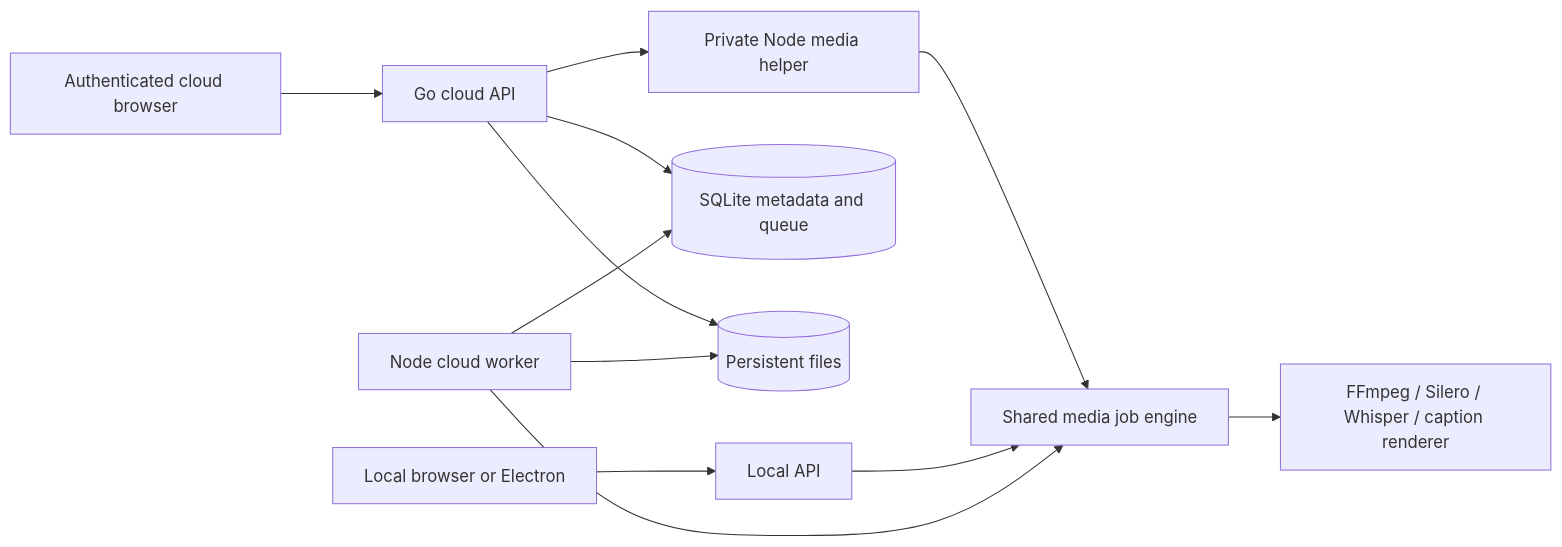
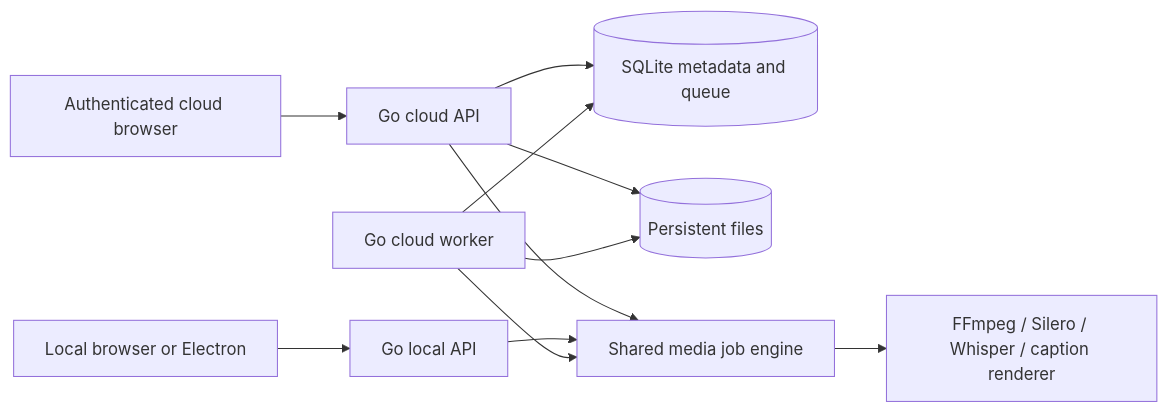
One commit to QuokkaCompany/hypercut changed the diagram in docs/cloud/architecture.md. Above: the diagram before and after it, drawn with Mermaid. The commit also changed other lines of this file and 186 other files, not shown here.

````diff
--- a/docs/cloud/architecture.md
+++ b/docs/cloud/architecture.md
@@ -3,14 +3,13 @@
 ```mermaid
 flowchart LR
-  Local[Local browser or Electron] --> Loopback[Local API]
+  Local[Local browser or Electron] --> Loopback[Go local API]
   Cloud[Authenticated cloud browser] --> API[Go cloud API]
   API --> DB[(SQLite metadata and queue)]
   API --> Files[(Persistent files)]
-  API --> Helper[Private Node media helper]
-  Helper --> Engine
-  Worker[Node cloud worker] --> DB
+  API --> Engine
+  Worker[Go cloud worker] --> DB
   Worker --> Files
   Loopback --> Engine[Shared media job engine]
   Worker --> Engine
   Engine --> Media[FFmpeg / Silero / Whisper / caption renderer]
 ```
````
